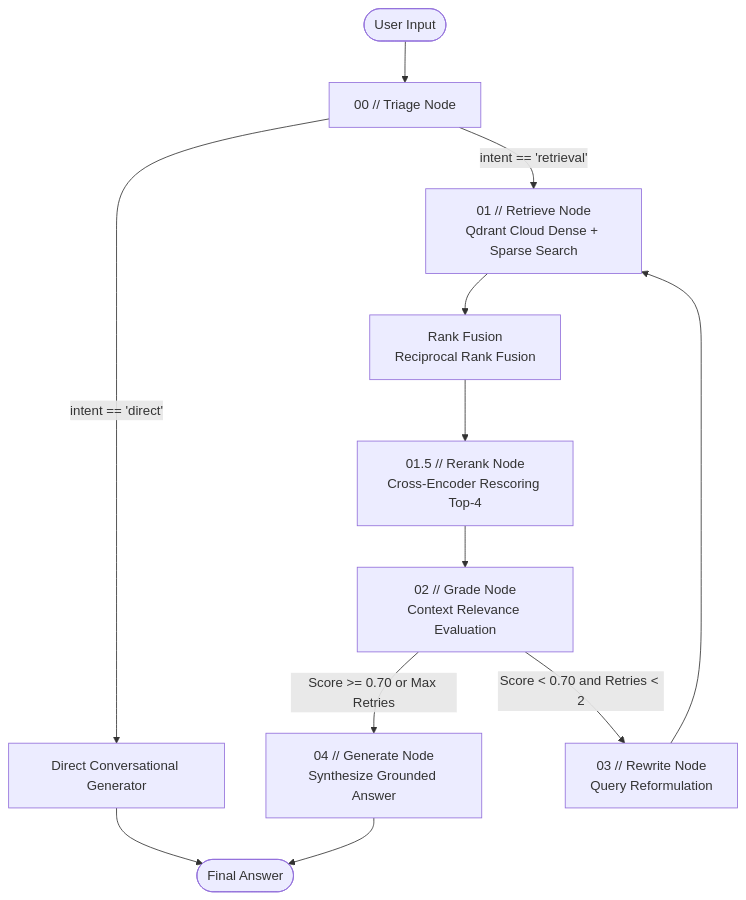
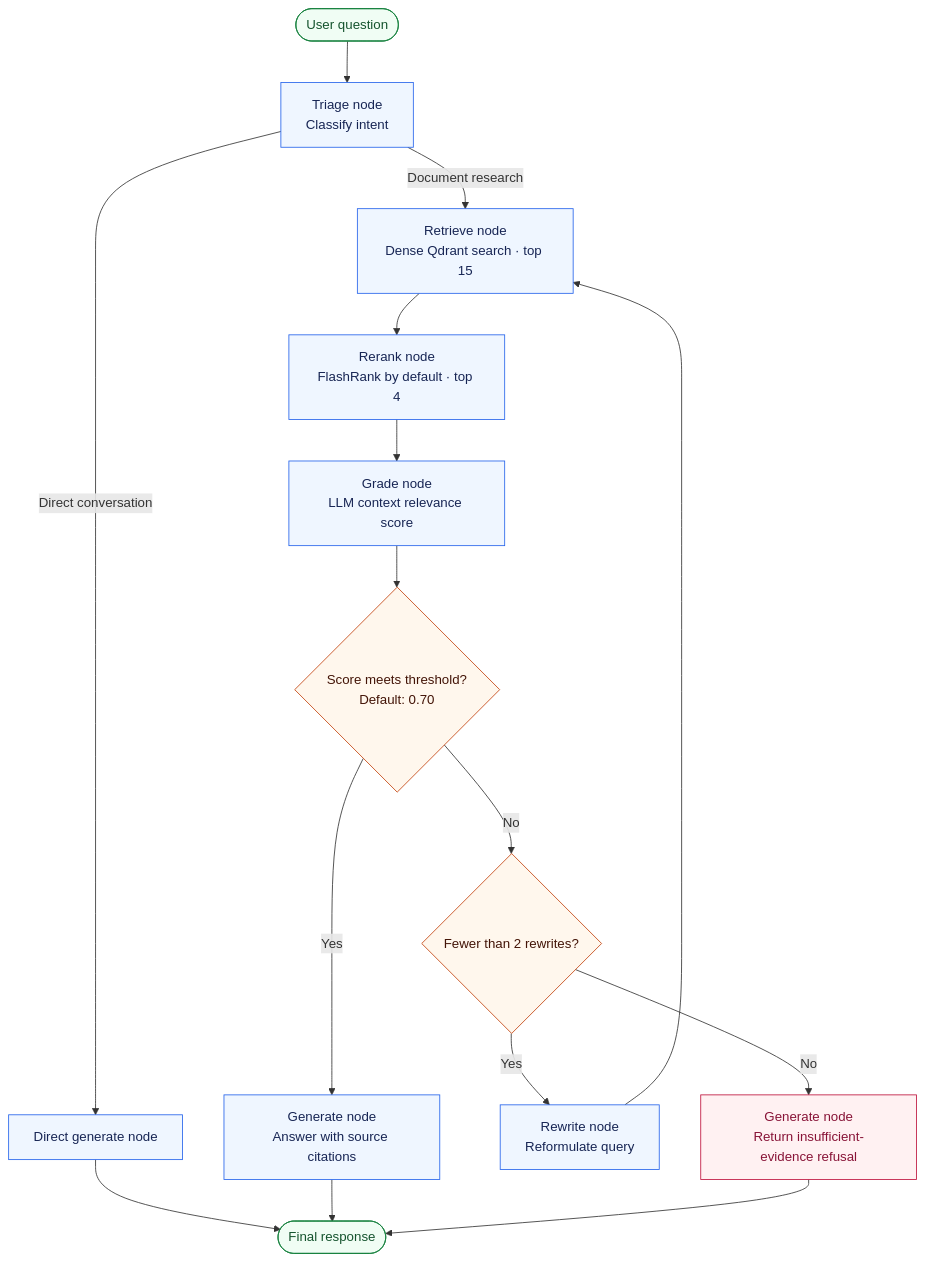
Before and after one commit to Theshmphony7580/Anri-: the first of 2 diagrams in README.md, drawn with Mermaid. The commit also changed other lines of this file, not shown here.

````diff
--- a/README.md
+++ b/README.md
@@ -43,17 +57,26 @@
 ```mermaid
 flowchart TD
-    Start([User Input]) --> Triage[00 // Triage Node]
-    Triage -->|intent == 'direct'| DirectGen[Direct Conversational Generator]
-    DirectGen --> Output([Final Answer])
+    Input([User question]) --> Triage["Triage node<br/>Classify intent"]
+    Triage -->|Direct conversation| Direct["Direct generate node"]
+    Triage -->|Document research| Retrieve["Retrieve node<br/>Dense Qdrant search · top 15"]
+    Retrieve --> Rerank["Rerank node<br/>FlashRank by default · top 4"]
+    Rerank --> Grade["Grade node<br/>LLM context relevance score"]
+    Grade --> Gate{"Score meets threshold?<br/>Default: 0.70"}
+    Gate -->|Yes| Generate["Generate node<br/>Answer with source citations"]
+    Gate -->|No| Retry{"Fewer than 2 rewrites?"}
+    Retry -->|Yes| Rewrite["Rewrite node<br/>Reformulate query"]
+    Rewrite --> Retrieve
+    Retry -->|No| Refuse["Generate node<br/>Return insufficient-evidence refusal"]
+    Direct --> Output([Final response])
+    Generate --> Output
+    Refuse --> Output
 
-    Triage -->|intent == 'retrieval'| Retrieve[01 // Retrieve Node<br/>Qdrant Cloud Dense + Sparse Search]
-    Retrieve --> Fuse[Rank Fusion<br/>Reciprocal Rank Fusion]
-    Fuse --> Rerank[01.5 // Rerank Node<br/>Cross-Encoder Rescoring Top-4]
-    Rerank --> Grade[02 // Grade Node<br/>Context Relevance Evaluation]
-
-    Grade -->|Score >= 0.70 or Max Retries| Generate[04 // Generate Node<br/>Synthesize Grounded Answer]
-    Grade -->|Score < 0.70 and Retries < 2| Rewrite[03 // Rewrite Node<br/>Query Reformulation]
-
-    Rewrite --> Retrieve
-    Generate --> Output
+    classDef action fill:#eff6ff,stroke:#2563eb,color:#172554;
+    classDef decision fill:#fff7ed,stroke:#c2410c,color:#431407;
+    classDef terminal fill:#f0fdf4,stroke:#15803d,color:#14532d;
+    classDef refusal fill:#fff1f2,stroke:#be123c,color:#881337;
+    class Triage,Direct,Retrieve,Rerank,Grade,Rewrite,Generate action;
+    class Gate,Retry decision;
+    class Input,Output terminal;
+    class Refuse refusal;
 ```
````
